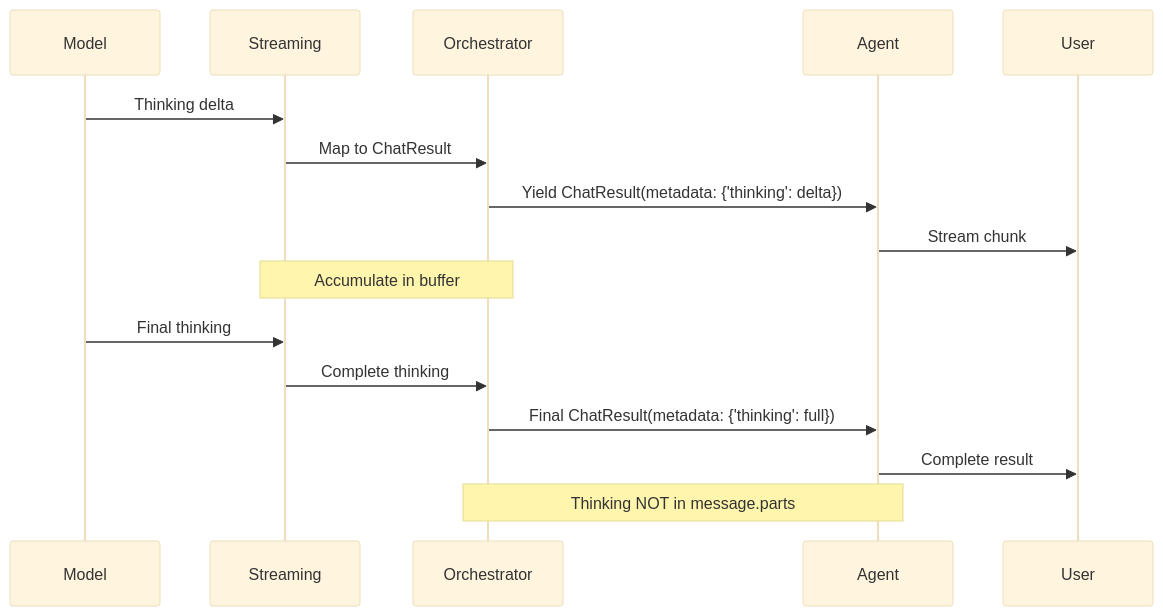
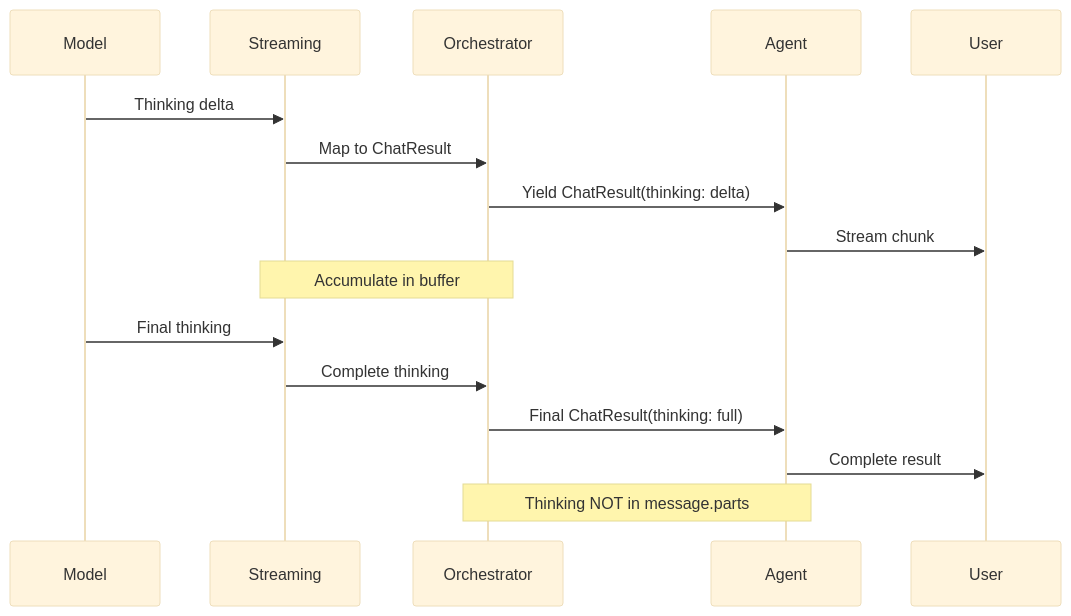
The second of 2 diagrams in wiki/Thinking.md (csells/dartantic_ai), drawn with Mermaid (base theme) before and after one commit. The commit also changed other lines of this file and 2 other files, not shown here.

Commit message:
Refactor thinking handling to use a dedicated 'thinking' field in ChatResult, replacing previous metadata approach

````diff
--- a/wiki/Thinking.md
+++ b/wiki/Thinking.md
@@ -71,19 +71,19 @@
 ```mermaid
 sequenceDiagram
     participant M as Model
     participant S as Streaming
     participant O as Orchestrator
     participant A as Agent
     participant U as User
 
     M->>S: Thinking delta
     S->>O: Map to ChatResult
-    O->>A: Yield ChatResult(metadata: {'thinking': delta})
+    O->>A: Yield ChatResult(thinking: delta)
     A->>U: Stream chunk
     Note over S,O: Accumulate in buffer
     M->>S: Final thinking
     S->>O: Complete thinking
-    O->>A: Final ChatResult(metadata: {'thinking': full})
+    O->>A: Final ChatResult(thinking: full)
     A->>U: Complete result
     Note over O,A: Thinking NOT in message.parts
 ```
````
